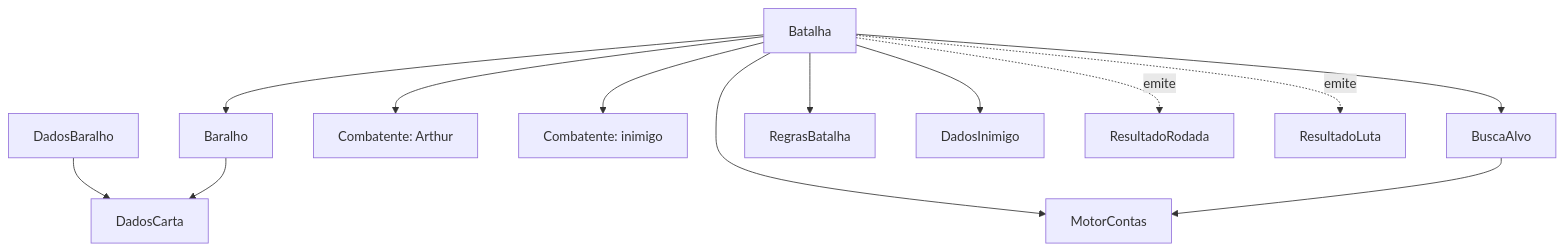
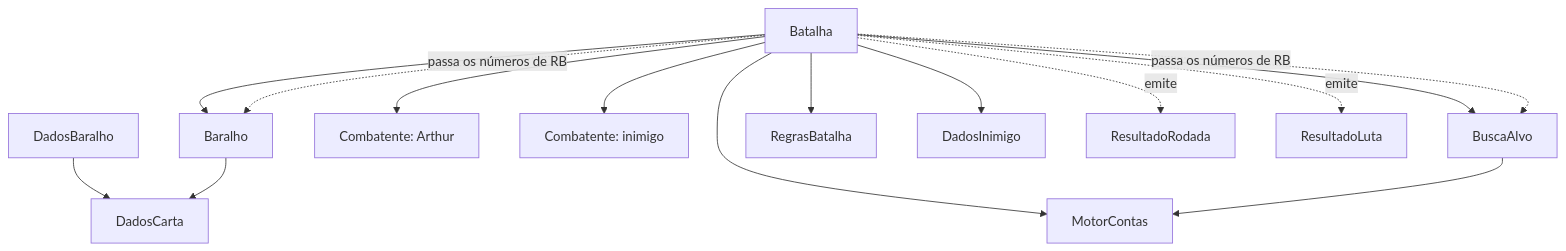
The first of 2 diagrams in specs/001-nucleo-batalha/data-model.md (SteveNasch/JogoED), drawn with Mermaid before and after one commit. The commit also changed other lines of this file and 2 other files, not shown here.

````diff
--- a/specs/001-nucleo-batalha/data-model.md
+++ b/specs/001-nucleo-batalha/data-model.md
@@ -16,15 +16,17 @@
 ```mermaid
 flowchart TD
     DB[DadosBaralho] --> DC[DadosCarta]
     B[Batalha] --> BA[Baralho]
     B --> C1[Combatente: Arthur]
     B --> C2[Combatente: inimigo]
     B --> BU[BuscaAlvo]
     B --> M[MotorContas]
     B --> RB[RegrasBatalha]
+    B -. passa os números de RB .-> BA
+    B -. passa os números de RB .-> BU
     B --> DI[DadosInimigo]
     BA --> DC
     BU --> M
     B -. emite .-> RR[ResultadoRodada]
     B -. emite .-> RL[ResultadoLuta]
 ```
````
